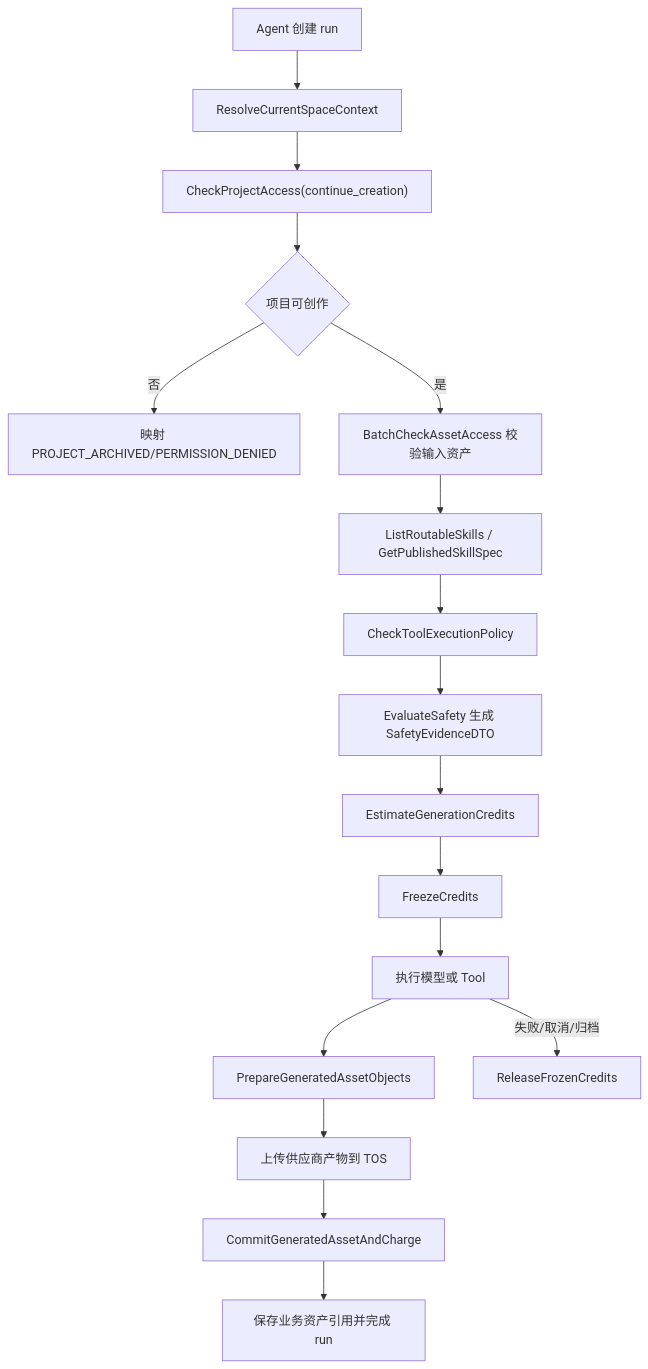
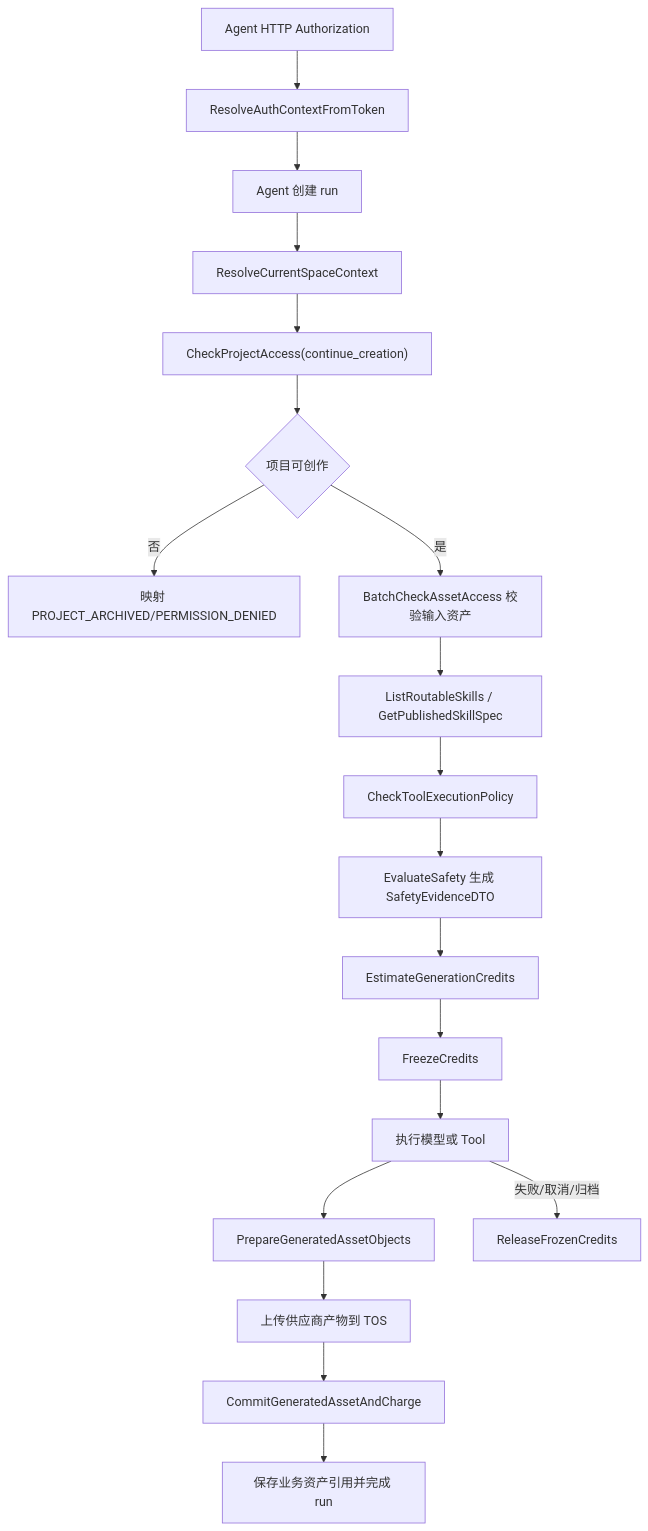
The first of 2 diagrams in code-plan/agent/07-RPC客户端业务能力调用与DTO映射设计.md (FigoGoo/Dora-Agent), drawn with Mermaid before and after one commit. The commit also changed other lines of this file and 39 other files, not shown here.

````diff
--- a/code-plan/agent/07-RPC客户端业务能力调用与DTO映射设计.md
+++ b/code-plan/agent/07-RPC客户端业务能力调用与DTO映射设计.md
@@ -644,19 +680,21 @@
 ```mermaid
 flowchart TD
-    A["Agent 创建 run"] --> B["ResolveCurrentSpaceContext"]
+    A["Agent HTTP Authorization"] --> B0["ResolveAuthContextFromToken"]
+    B0 --> A1["Agent 创建 run"]
+    A1 --> B["ResolveCurrentSpaceContext"]
     B --> C["CheckProjectAccess(continue_creation)"]
     C --> D{"项目可创作"}
     D -- "否" --> E["映射 PROJECT_ARCHIVED/PERMISSION_DENIED"]
     D -- "是" --> F["BatchCheckAssetAccess 校验输入资产"]
     F --> G["ListRoutableSkills / GetPublishedSkillSpec"]
     G --> H["CheckToolExecutionPolicy"]
     H --> I["EvaluateSafety 生成 SafetyEvidenceDTO"]
     I --> J["EstimateGenerationCredits"]
     J --> K["FreezeCredits"]
     K --> L["执行模型或 Tool"]
     L --> M["PrepareGeneratedAssetObjects"]
     M --> N["上传供应商产物到 TOS"]
     N --> O["CommitGeneratedAssetAndCharge"]
     O --> P["保存业务资产引用并完成 run"]
     L -- "失败/取消/归档" --> Q["ReleaseFrozenCredits"]
 ```
````
